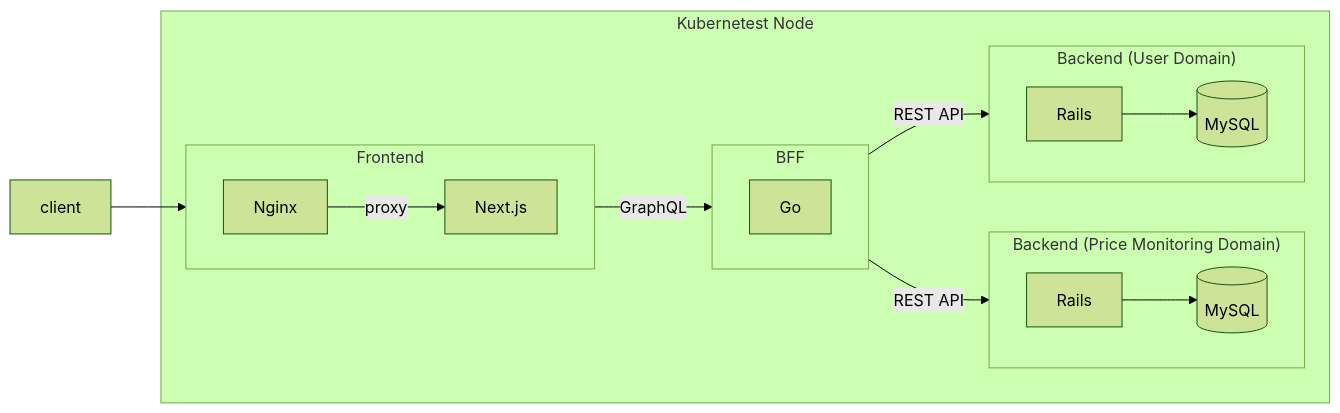
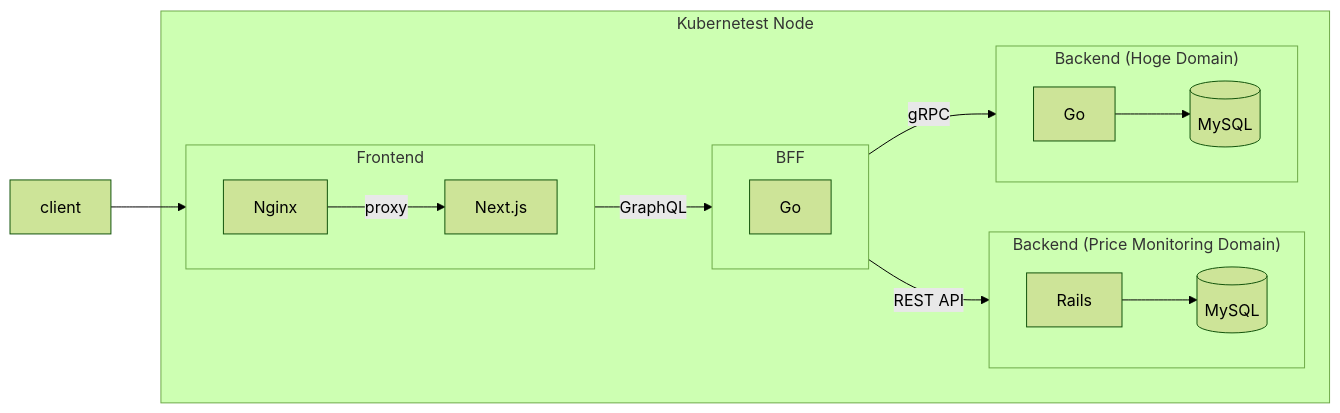
One commit to kuroweb/price-monitoring changed the diagram in README.md. Above: the diagram before and after it, drawn with Mermaid (forest theme).

Commit message:
docs: README更新

````diff
--- a/README.md
+++ b/README.md
@@ -34,41 +34,41 @@
 ```mermaid
 flowchart LR
 subgraph Kubernetest Node
   subgraph frontend [Frontend]
     direction LR
 
     Nginx
     Next.js
 
     Nginx--proxy-->Next.js
   end
 
   subgraph bff [BFF]
     direction LR
 
-    Go
+    bff_go[Go]
   end
 
   subgraph price ["Backend (Price Monitoring Domain)"]
     direction LR
 
     price_rails[Rails]
     price_rails_mysql[(MySQL)]
 
     price_rails-->price_rails_mysql
   end
 
-  subgraph user ["Backend (User Domain)"]
+  subgraph hoge ["Backend (Hoge Domain)"]
     direction LR
 
-    user_rails[Rails]
-    user_rails_mysql[(MySQL)]
+    hoge_go[Go]
+    hoge_go_mysql[(MySQL)]
 
-    user_rails-->user_rails_mysql
+    hoge_go-->hoge_go_mysql
   end
 end
 
 client-->frontend--GraphQL-->bff
 bff--REST API-->price
-bff--REST API-->user
+bff--gRPC-->hoge
 ```
````
